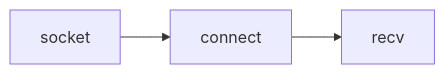
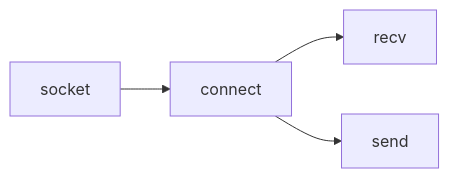
The first of 2 diagrams in docs/Socket Programming C API.md (ChoiWheatley/ChoiWheatley.github.io), drawn with Mermaid before and after one commit. The commit also changed other lines of this file, not shown here.

````diff
--- a/docs/Socket Programming C API.md
+++ b/docs/Socket Programming C API.md
@@ -16,4 +16,5 @@
 ```mermaid
 graph LR;
 socket --> connect --> recv
+connect --> send
 ```
````
